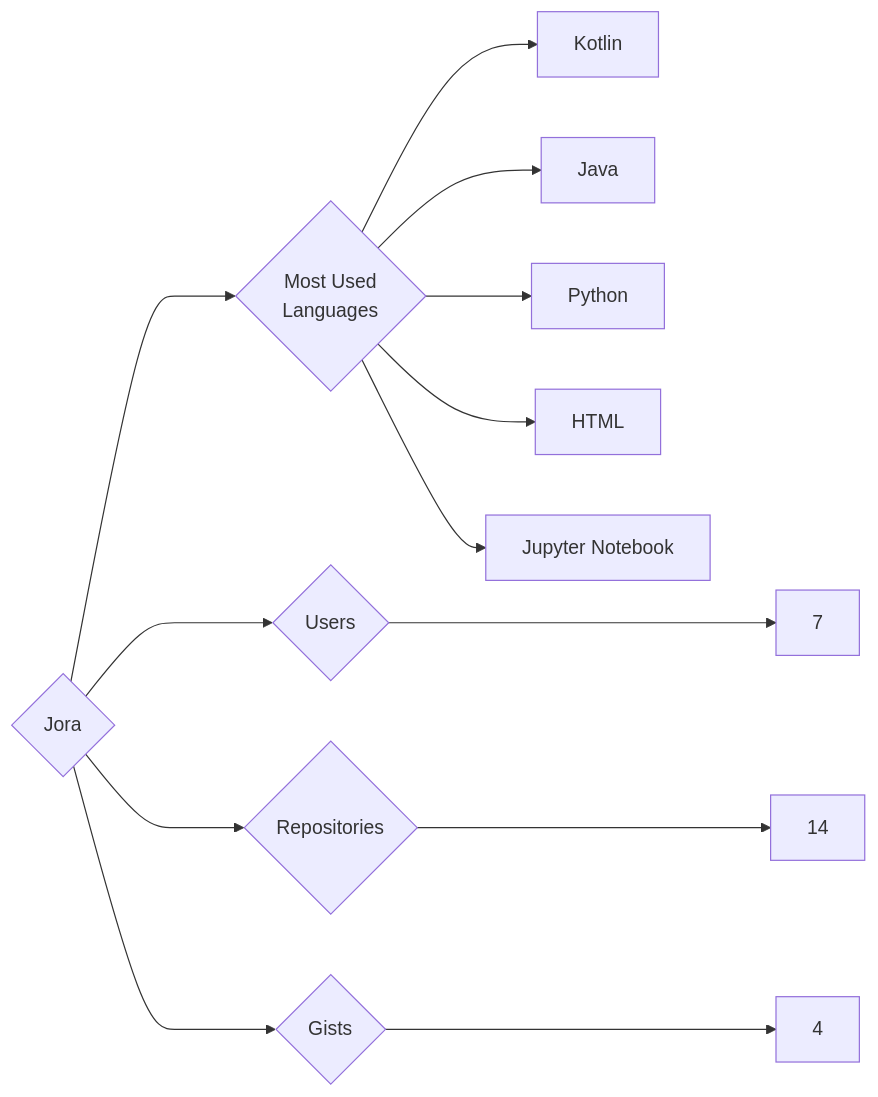
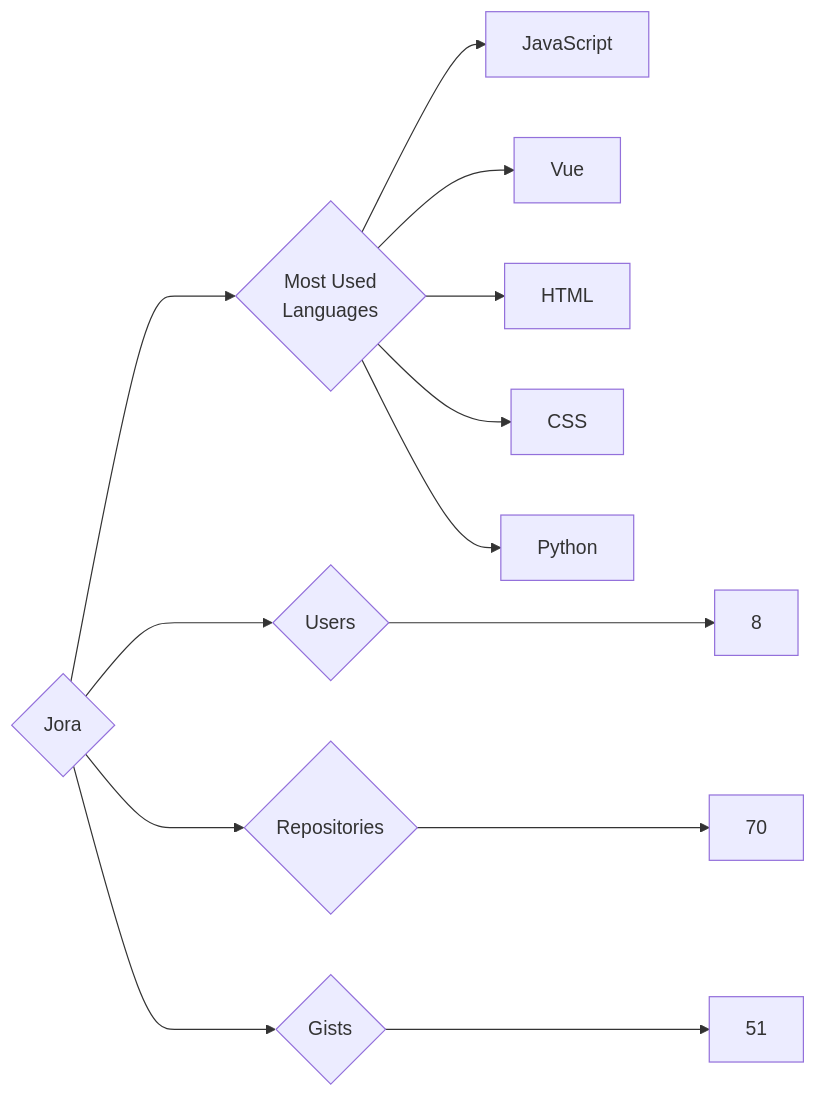
One commit to trickest/insiders changed the diagram in targets/Jora/README.md. Above: the diagram before and after it, drawn with Mermaid. The commit also changed 773 other files, not shown here.

````diff
--- a/targets/Jora/README.md
+++ b/targets/Jora/README.md
@@ -3,13 +3,13 @@
 ```mermaid
 graph LR
 COMPANY_NAME{Jora}
-COMPANY_NAME ---> U{Users} ---> UN[7]
-COMPANY_NAME ---> R{Repositories} ---> RN[14]
-COMPANY_NAME ---> G{Gists} ---> GN[4]
+COMPANY_NAME ---> U{Users} ---> UN[8]
+COMPANY_NAME ---> R{Repositories} ---> RN[70]
+COMPANY_NAME ---> G{Gists} ---> GN[51]
 COMPANY_NAME ---> ML{Most Used<br>Languages}
-ML --> Kotlin[Kotlin]
-ML --> Java[Java]
+ML --> JavaScript[JavaScript]
+ML --> Vue[Vue]
+ML --> HTML[HTML]
+ML --> CSS[CSS]
 ML --> Python[Python]
-ML --> HTML[HTML]
-ML --> Jupyter_Notebook[Jupyter Notebook]
 ```
````
